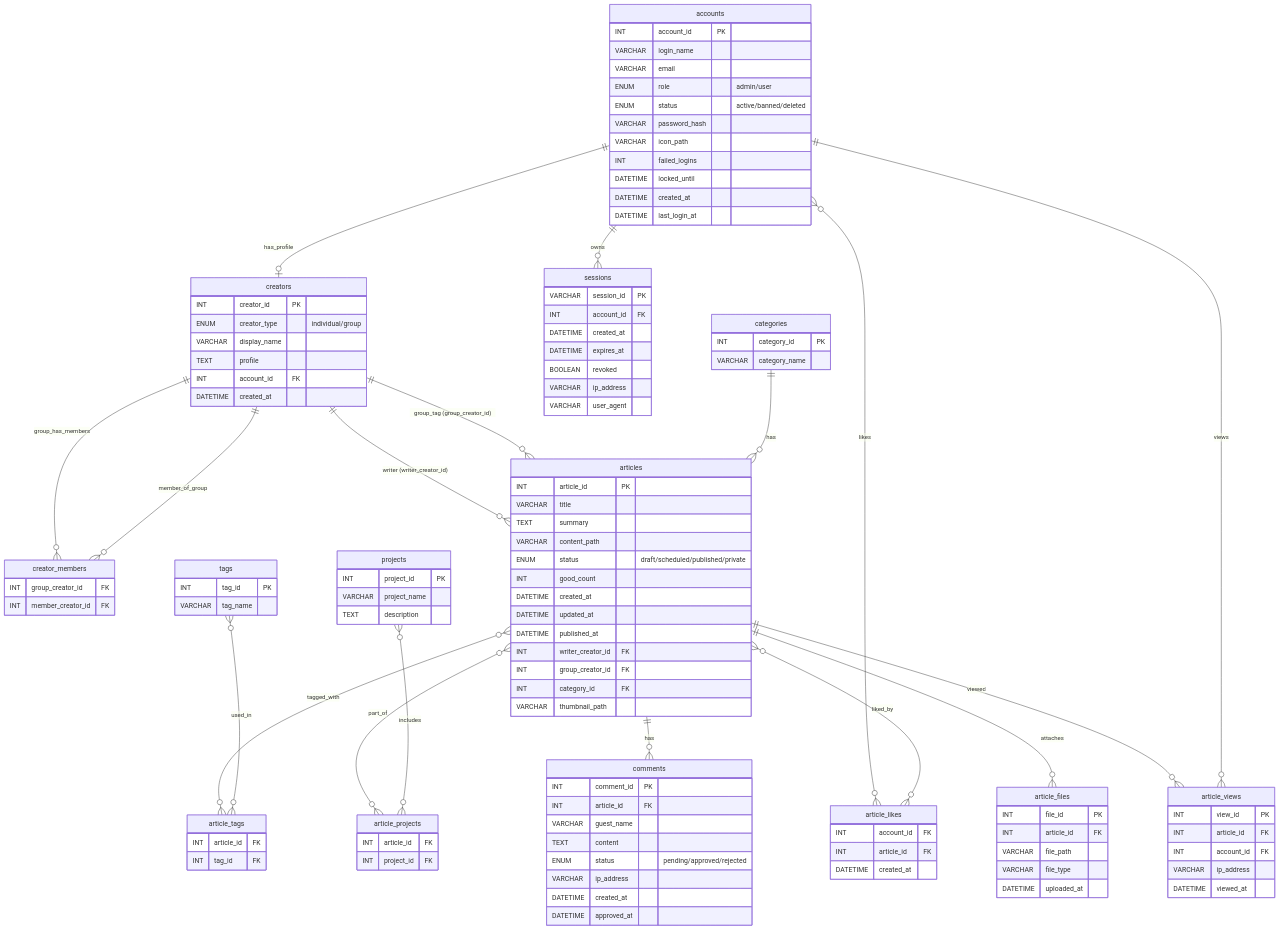
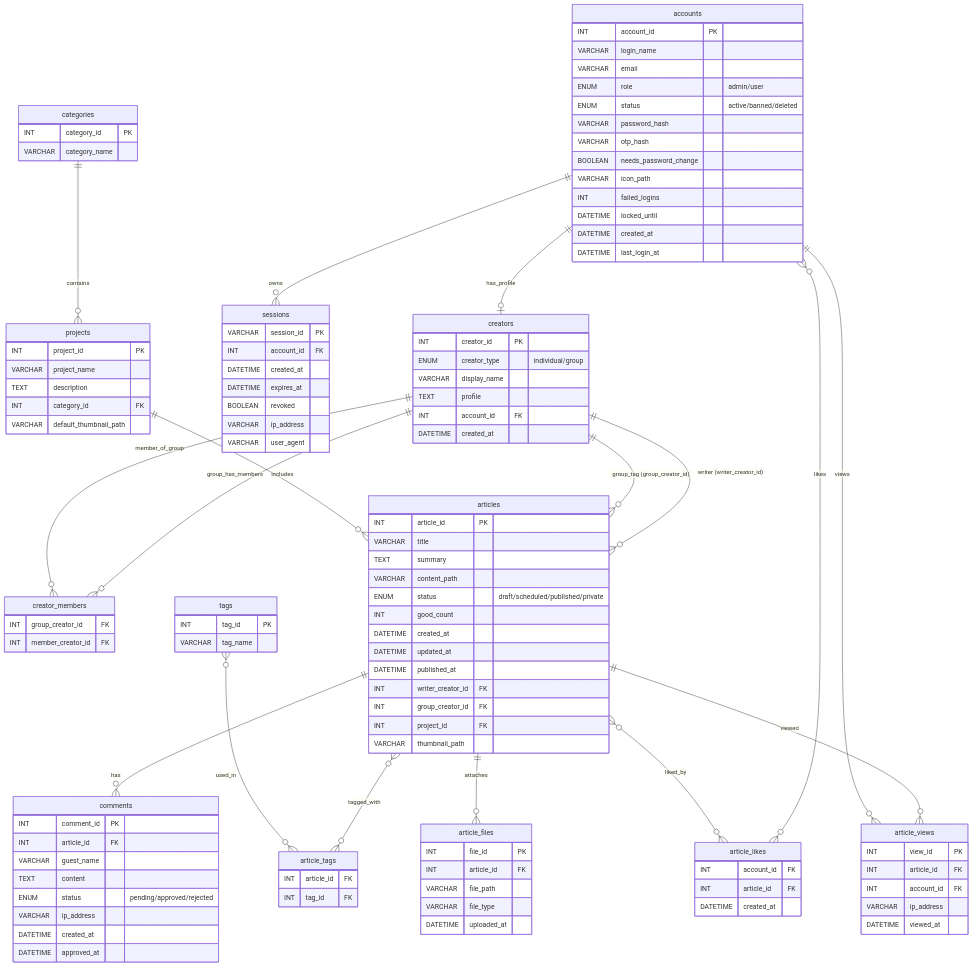
Before and after one commit to UI1120/CoderBlog: the diagram in plan/DB設計.md, drawn with Mermaid. The commit also changed other lines of this file and 33 other files, not shown here.

```diff
--- a/plan/DB設計.md
+++ b/plan/DB設計.md
@@ -136,6 +140,8 @@
         ENUM role "admin/user"
         ENUM status "active/banned/deleted"
         VARCHAR password_hash
+        VARCHAR otp_hash
+        BOOLEAN needs_password_change
         VARCHAR icon_path
         INT failed_logins
         DATETIME locked_until
@@ -188,7 +194,7 @@
         DATETIME published_at
         INT writer_creator_id FK
         INT group_creator_id FK
-        INT category_id FK
+        INT project_id FK
         VARCHAR thumbnail_path
     }
 
@@ -206,6 +212,8 @@
         INT project_id PK
         VARCHAR project_name
         TEXT description
+        INT category_id FK
+        VARCHAR default_thumbnail_path
     }
 
     article_tags {
@@ -213,10 +221,6 @@
         INT tag_id FK
     }
 
-    article_projects {
-        INT article_id FK
-        INT project_id FK
-    }
 
     comments {
         INT comment_id PK
@@ -254,13 +258,11 @@
     %% リレーション
     creators ||--o{ articles : "writer (writer_creator_id)"
     creators ||--o{ articles : "group_tag (group_creator_id)"
-    categories ||--o{ articles : "has"
+    categories ||--o{ projects : "contains"
+    projects ||--o{ articles : "includes"
 
     articles }o--o{ article_tags : "tagged_with"
     tags }o--o{ article_tags : "used_in"
-
-    articles }o--o{ article_projects : "part_of"
-    projects }o--o{ article_projects : "includes"
 
     articles ||--o{ comments : "has"
 
```
